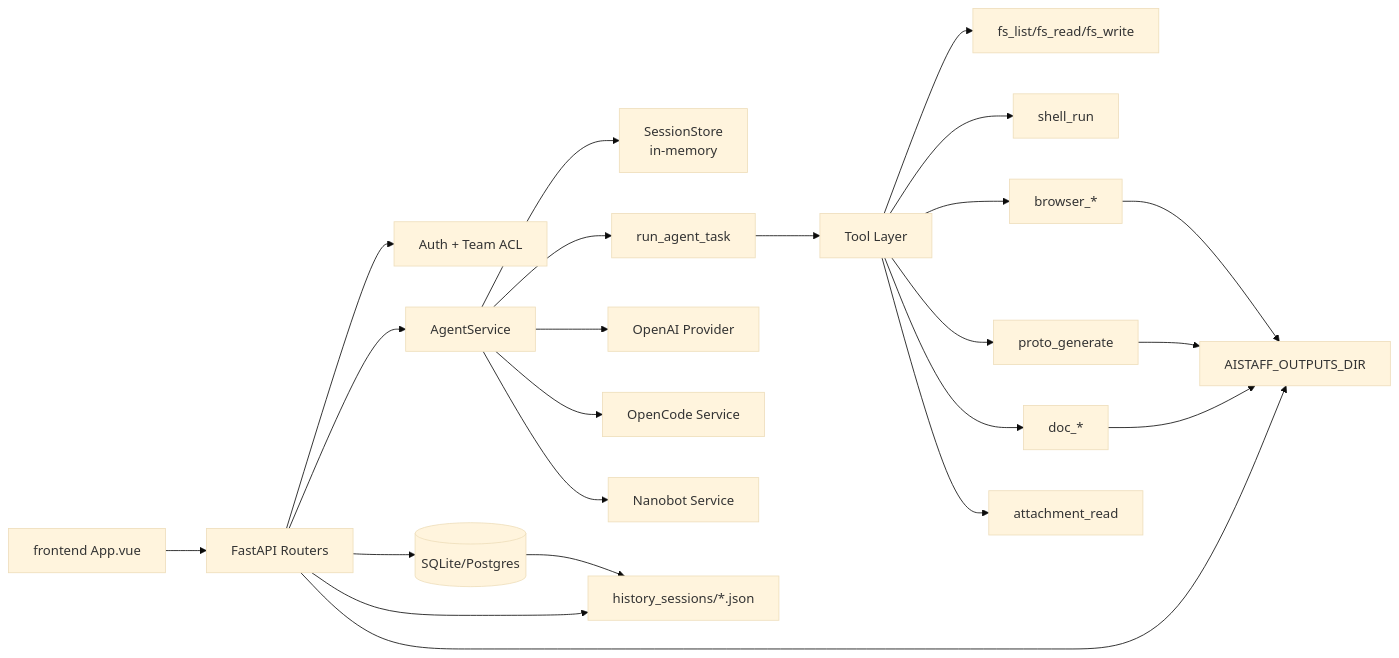
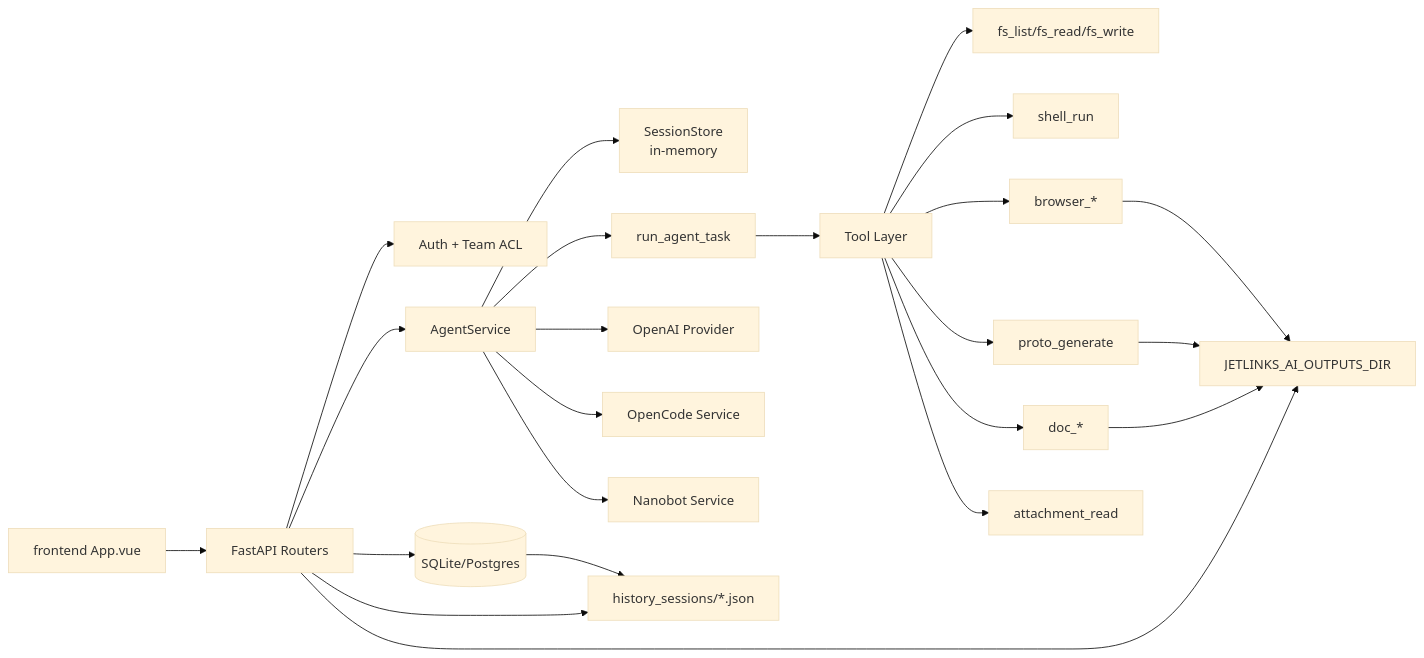
Before and after one commit to BetaStreetOmnis/CoDeskTeam: the diagram in README.zh-CN.md, drawn with Mermaid (base theme). The commit also changed other lines of this file and 181 other files, not shown here.

````diff
--- a/README.zh-CN.md
+++ b/README.zh-CN.md
@@ -69,27 +73,27 @@
 ```mermaid
 flowchart LR
   UI[frontend App.vue] --> API[FastAPI Routers]
   API --> Auth[Auth + Team ACL]
   API --> Agent[AgentService]
   API --> Data[(SQLite/Postgres)]
-  API --> OutDir[AISTAFF_OUTPUTS_DIR]
+  API --> OutDir[JETLINKS_AI_OUTPUTS_DIR]
 
   Agent --> Session[SessionStore<br/>in-memory]
   Agent --> Loop[run_agent_task]
   Agent --> ProviderOpenAI[OpenAI Provider]
   Agent --> ProviderOpenCode[OpenCode Service]
   Agent --> ProviderNanobot[Nanobot Service]
   Loop --> Tools[Tool Layer]
   Tools --> FS[fs_list/fs_read/fs_write]
   Tools --> Shell[shell_run]
   Tools --> Browser[browser_*]
   Tools --> Doc[doc_*]
   Tools --> Proto[proto_generate]
   Tools --> Attach[attachment_read]
 
   Doc --> OutDir
   Proto --> OutDir
   Browser --> OutDir
   API --> HistorySnap[history_sessions/*.json]
   Data --> HistorySnap
 ```
````
